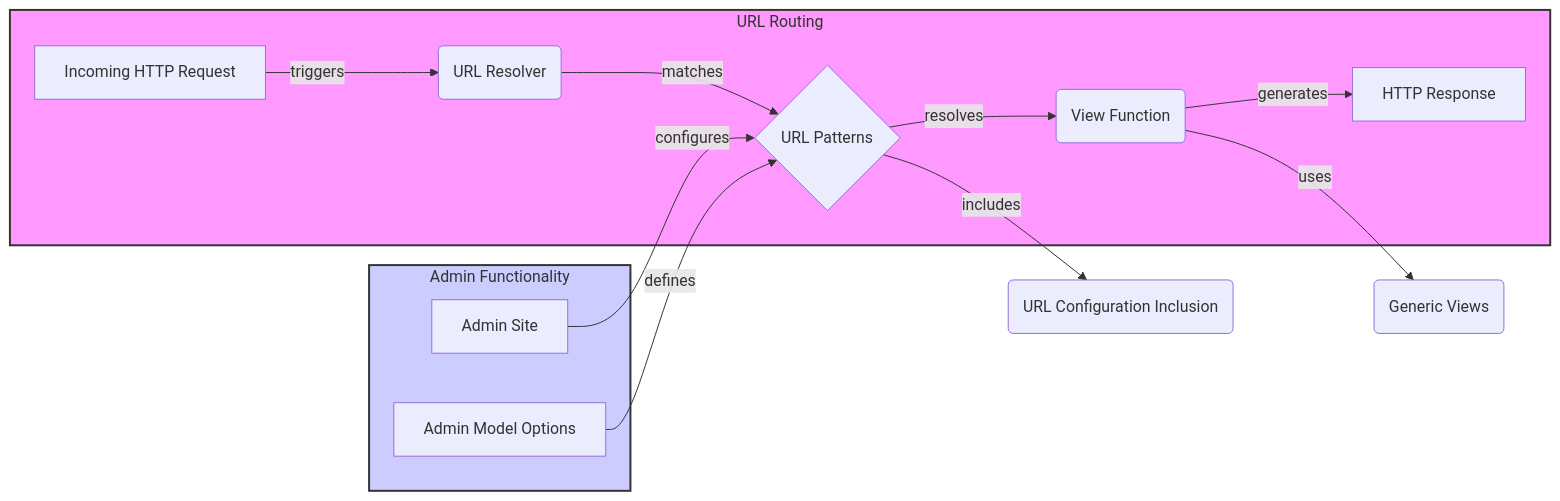
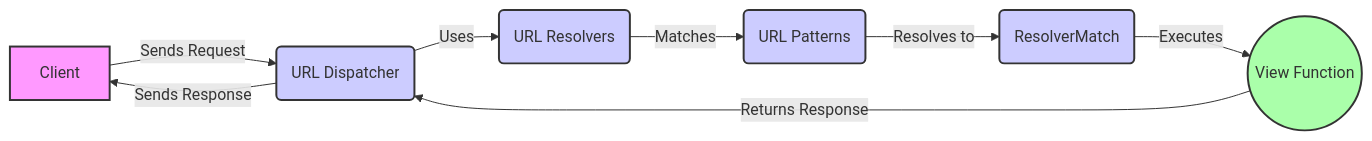
Before and after one commit to CodeBoarding/GeneratedOnBoardings: the diagram in django/URL Routing.md, drawn with Mermaid. The commit also changed other lines of this file and 12 other files, not shown here.

````diff
--- a/django/URL Routing.md
+++ b/django/URL Routing.md
@@ -1,22 +5,17 @@
 ```mermaid
 graph LR
-    subgraph URL_Routing [URL Routing]
-        A[Incoming HTTP Request] -- triggers --> B(URL Resolver) 
-        B -- matches --> C{URL Patterns}
-        C -- resolves --> D(View Function)
-        D -- generates --> E[HTTP Response]
-    end
+    Client[Client] -- Sends Request --> URLDispatcher(URL Dispatcher)
+    URLDispatcher -- Uses --> URLResolvers(URL Resolvers)
+    URLResolvers -- Matches --> URLPatterns(URL Patterns)
+    URLPatterns -- Resolves to --> ResolverMatch(ResolverMatch)
+    ResolverMatch -- Executes --> ViewFunction((View Function))
+    ViewFunction -- Returns Response --> URLDispatcher
+    URLDispatcher -- Sends Response --> Client
 
-    subgraph Admin_Functionality [Admin Functionality]
-        F[Admin Site] -- configures --> C
-        G[Admin Model Options] -- defines --> C
-    end
-
-    C -- includes --> H(URL Configuration Inclusion)
-    D -- uses --> I(Generic Views)
-
-    style URL_Routing fill:#f9f,stroke:#333,stroke-width:2px
-    style Admin_Functionality fill:#ccf,stroke:#333,stroke-width:2px
-
-
+    style Client fill:#f9f,stroke:#333,stroke-width:2px
+    style URLDispatcher fill:#ccf,stroke:#333,stroke-width:2px
+    style URLResolvers fill:#ccf,stroke:#333,stroke-width:2px
+    style URLPatterns fill:#ccf,stroke:#333,stroke-width:2px
+    style ResolverMatch fill:#ccf,stroke:#333,stroke-width:2px
+    style ViewFunction fill:#afa,stroke:#333,stroke-width:2px
 ```
````
